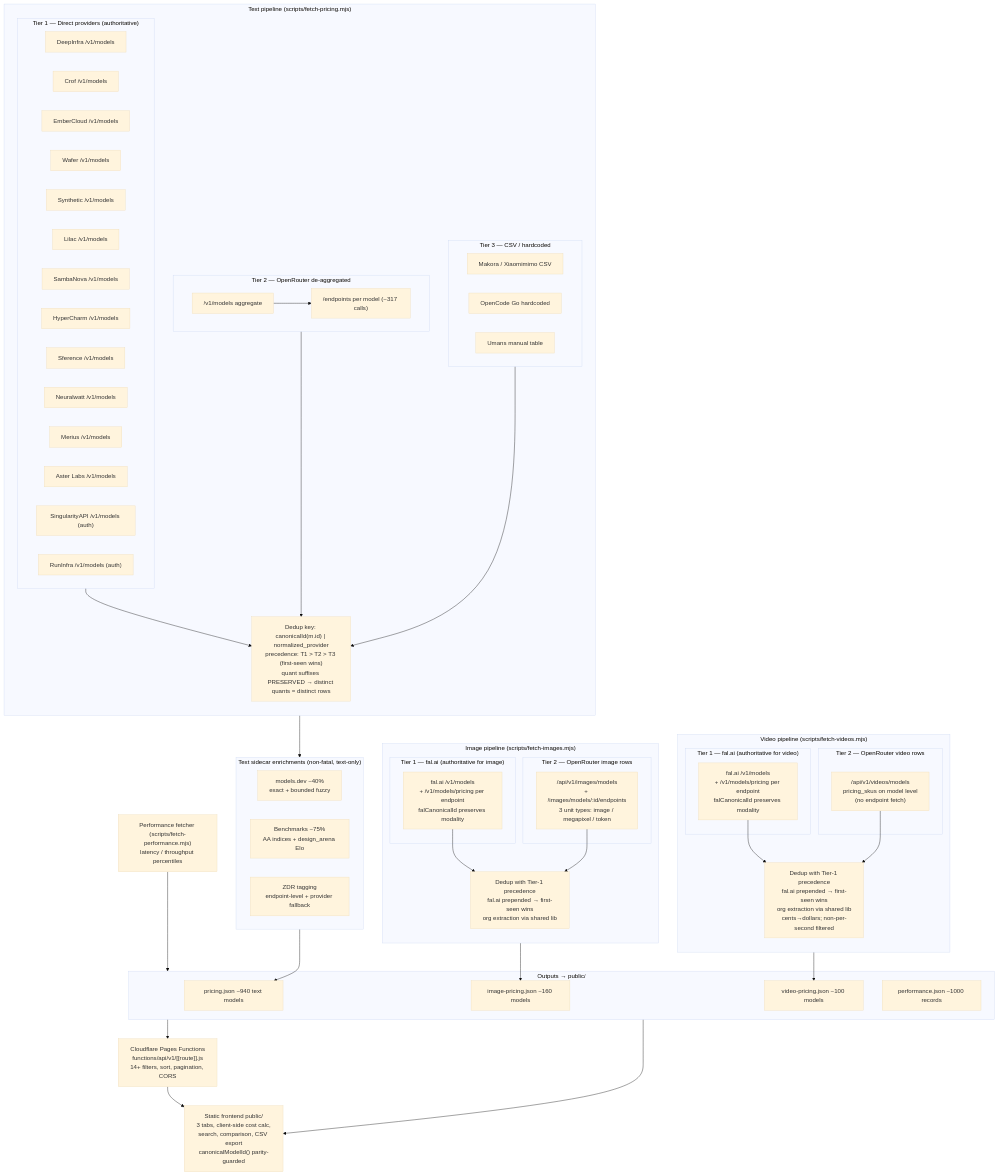
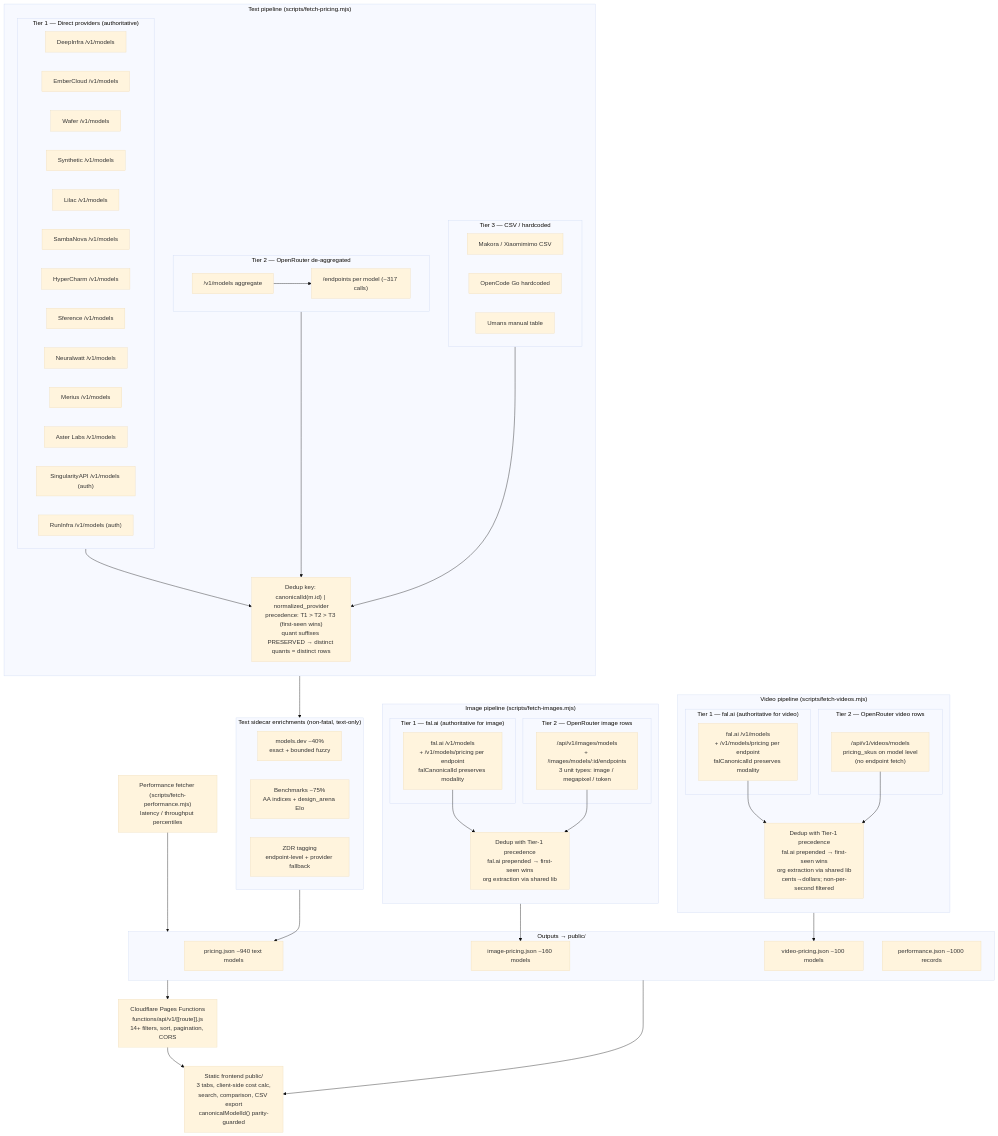
The diagram in ARCHITECTURE.md (WyrdWerk/tokenwatch), drawn with Mermaid (base theme) before and after one commit. The commit also changed 117 other files, not shown here.

```diff
--- a/ARCHITECTURE.md
+++ b/ARCHITECTURE.md
@@ -20,8 +20,7 @@
         direction TB
     subgraph T1T["Tier 1 — Direct providers (authoritative)"]
       T1A["DeepInfra /v1/models"]
-      T1B["Crof /v1/models"]
-      T1C["EmberCloud /v1/models"]
+      T1B["EmberCloud /v1/models"]
       T1D["Wafer /v1/models"]
       T1E["Synthetic /v1/models"]
       T1F["Lilac /v1/models"]
```
